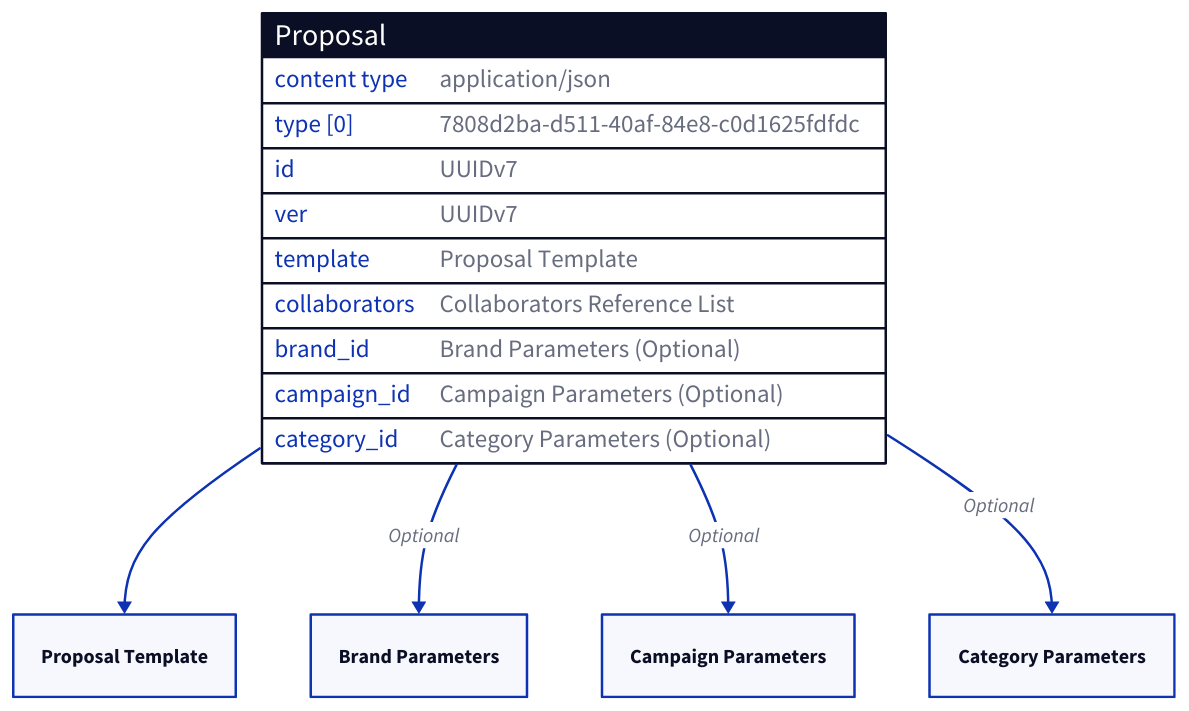
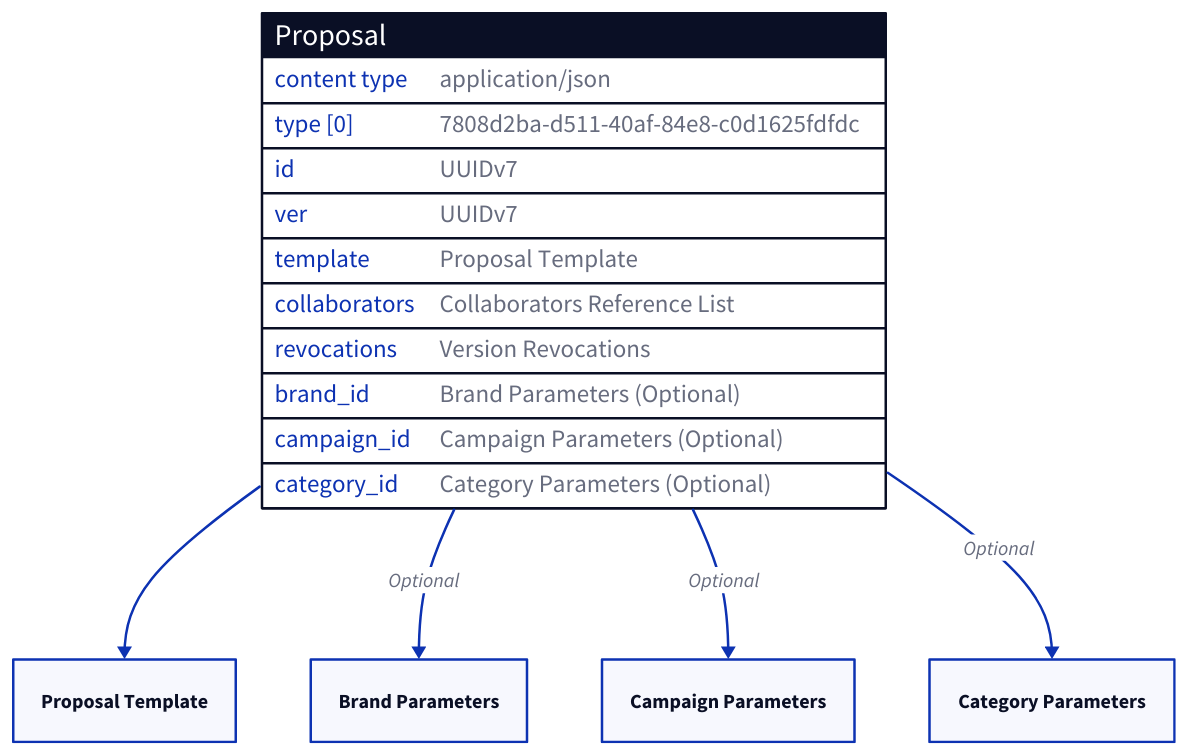
Before and after one commit to input-output-hk/catalyst-libs: the diagram in docs/src/architecture/08_concepts/signed_doc/docs/proposal.md, drawn with D2. The commit also changed other lines of this file and 12 other files, not shown here.

````diff
--- a/docs/src/architecture/08_concepts/signed_doc/docs/proposal.md
+++ b/docs/src/architecture/08_concepts/signed_doc/docs/proposal.md
@@ -16,20 +16,21 @@
 ```d2 layout="elk"
 "Proposal": {
   shape: sql_table
   "content type": application/json
   "type [0]": 7808d2ba-d511-40af-84e8-c0d1625fdfdc
   "id": UUIDv7
   "ver": UUIDv7
   "template": Proposal Template
   "collaborators": Collaborators Reference List
+  "revocations": Version Revocations
   "brand_id": Brand Parameters (Optional)
   "campaign_id": Campaign Parameters (Optional)
   "category_id": Category Parameters (Optional)
 
 }
 
 "Proposal"."template"->"Proposal Template"
 "Proposal"."brand_id"->"Brand Parameters": Optional
 "Proposal"."campaign_id"->"Campaign Parameters": Optional
 "Proposal"."category_id"->"Category Parameters": Optional
 ```
````
